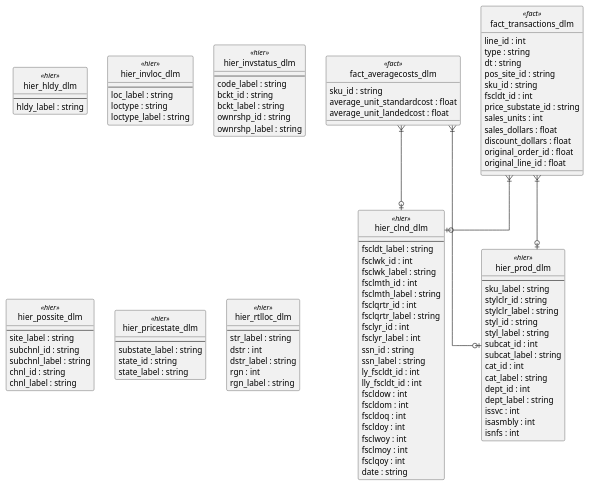
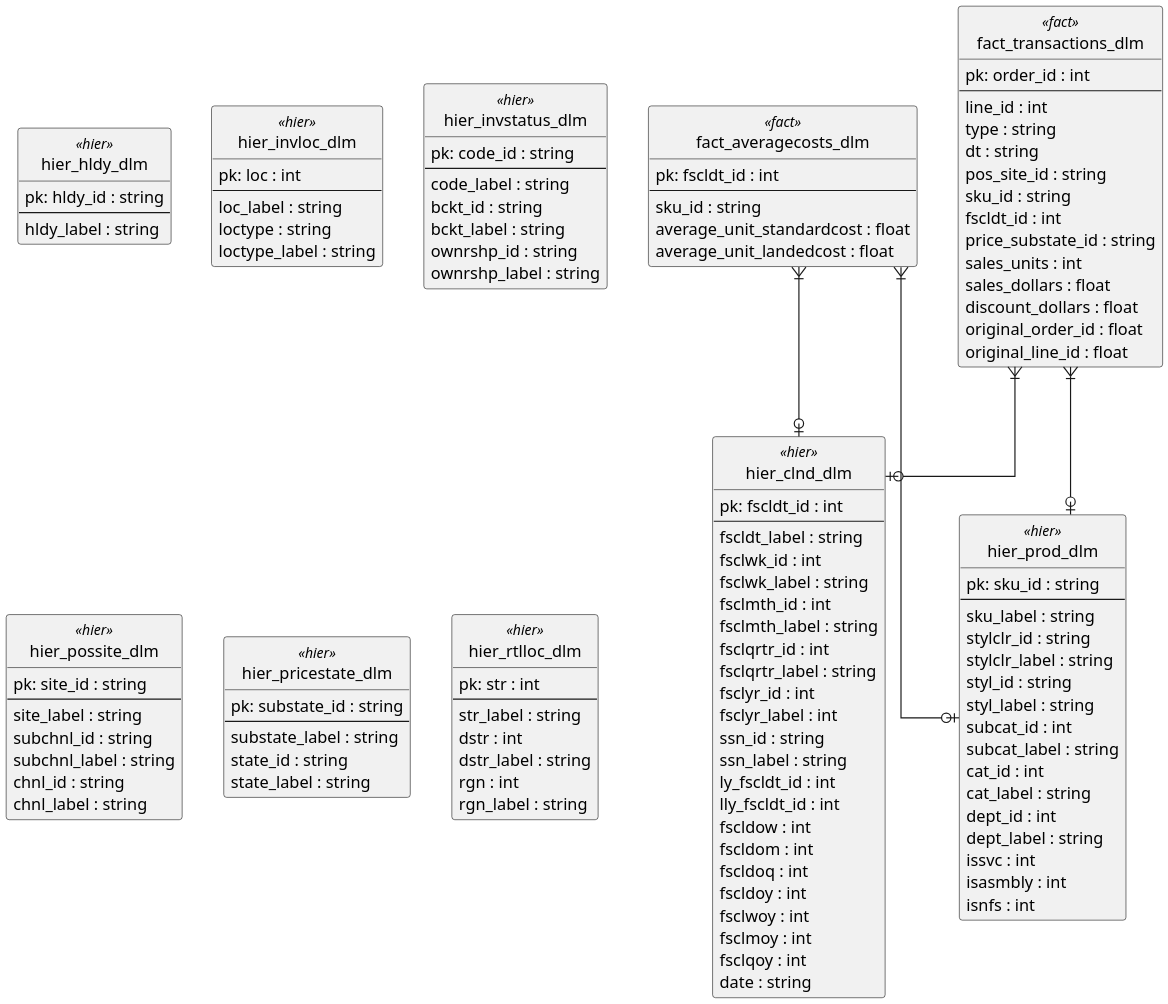
The diagram in output_obj/er_diagram.puml (peaskipper/ETL_challenge), drawn with PlantUML before and after one commit. The commit also changed 12 other files, not shown here.

```diff
--- a/output_obj/er_diagram.puml
+++ b/output_obj/er_diagram.puml
@@ -1,131 +1,133 @@
 @startuml
 hide circle
 top to bottom direction
-skinparam dpi 100
+skinparam dpi 200
 skinparam defaultTextAlignment left
 skinparam linetype ortho
 skinparam shadowing false
 skinparam entity {
 BackgroundColor<<Fact>> #FDF6E3
 BackgroundColor<<Hier>> #E6F7FF
 }
 
 entity "fact_averagecosts_dlm" <<fact>> {
-    'pk: '* fscldt_id : int
+    pk: fscldt_id : int
+		---
 		sku_id : string
 		average_unit_standardcost : float
 		average_unit_landedcost : float
 }
 entity "fact_transactions_dlm" <<fact>> {
-    'pk: '* order_id : int
+    pk: order_id : int
+		---
 		line_id : int
 		type : string
 		dt : string
 		pos_site_id : string
 		sku_id : string
 		fscldt_id : int
 		price_substate_id : string
 		sales_units : int
 		sales_dollars : float
 		discount_dollars : float
 		original_order_id : float
 		original_line_id : float
 }
 entity "hier_clnd_dlm" <<hier>> {
-    'pk: 'pk: fscldt_id : int
+    pk: fscldt_id : int
 		---
 		fscldt_label : string
 		fsclwk_id : int
 		fsclwk_label : string
 		fsclmth_id : int
 		fsclmth_label : string
 		fsclqrtr_id : int
 		fsclqrtr_label : string
 		fsclyr_id : int
 		fsclyr_label : int
 		ssn_id : string
 		ssn_label : string
 		ly_fscldt_id : int
 		lly_fscldt_id : int
 		fscldow : int
 		fscldom : int
 		fscldoq : int
 		fscldoy : int
 		fsclwoy : int
 		fsclmoy : int
 		fsclqoy : int
 		date : string
 }
 entity "hier_hldy_dlm" <<hier>> {
-    'pk: 'pk: hldy_id : string
+    pk: hldy_id : string
 		---
 		hldy_label : string
 }
 entity "hier_invloc_dlm" <<hier>> {
-    'pk: 'pk: loc : int
+    pk: loc : int
 		---
 		loc_label : string
 		loctype : string
 		loctype_label : string
 }
 entity "hier_invstatus_dlm" <<hier>> {
-    'pk: 'pk: code_id : string
+    pk: code_id : string
 		---
 		code_label : string
 		bckt_id : string
 		bckt_label : string
 		ownrshp_id : string
 		ownrshp_label : string
 }
 entity "hier_possite_dlm" <<hier>> {
-    'pk: 'pk: site_id : string
+    pk: site_id : string
 		---
 		site_label : string
 		subchnl_id : string
 		subchnl_label : string
 		chnl_id : string
 		chnl_label : string
 }
 entity "hier_pricestate_dlm" <<hier>> {
-    'pk: 'pk: substate_id : string
+    pk: substate_id : string
 		---
 		substate_label : string
 		state_id : string
 		state_label : string
 }
 entity "hier_prod_dlm" <<hier>> {
-    'pk: 'pk: sku_id : string
+    pk: sku_id : string
 		---
 		sku_label : string
 		stylclr_id : string
 		stylclr_label : string
 		styl_id : string
 		styl_label : string
 		subcat_id : int
 		subcat_label : string
 		cat_id : int
 		cat_label : string
 		dept_id : int
 		dept_label : string
 		issvc : int
 		isasmbly : int
 		isnfs : int
 }
 entity "hier_rtlloc_dlm" <<hier>> {
-    'pk: 'pk: str : int
+    pk: str : int
 		---
 		str_label : string
 		dstr : int
 		dstr_label : string
 		rgn : int
 		rgn_label : string
 }
 
 fact_averagecosts_dlm }|--o| hier_clnd_dlm
 fact_averagecosts_dlm }|--o| hier_prod_dlm
 
 fact_transactions_dlm }|--o| hier_prod_dlm
 fact_transactions_dlm }|--o| hier_clnd_dlm
 
 
 @enduml
```
